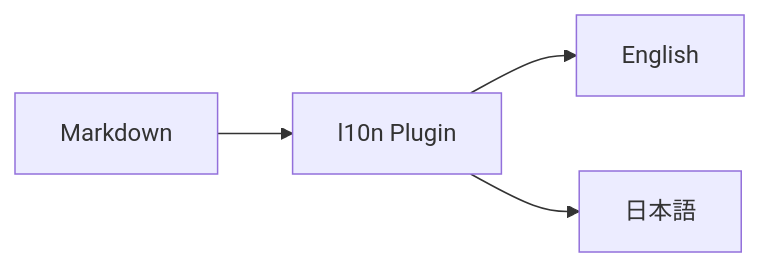
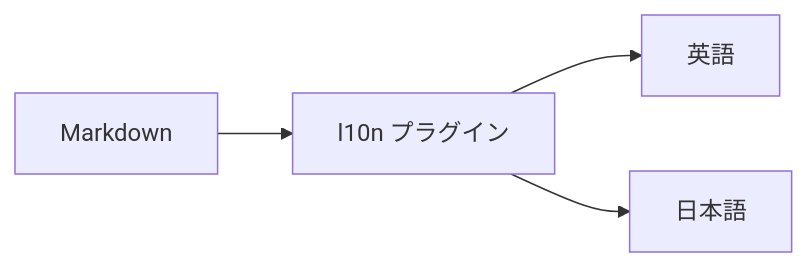
The first of 6 diagrams in docs/docs/guides/localization.ja.md (Rerurate514/riebeckite), drawn with Mermaid before and after one commit. The commit also changed other lines of this file and 310 other files, not shown here.

````diff
--- a/docs/docs/guides/localization.ja.md
+++ b/docs/docs/guides/localization.ja.md
@@ -19,11 +19,11 @@
 ```mermaid
 flowchart LR
     Content["Markdown"]
-    L10n["l10n Plugin"]
-    EN["English"]
+    L10n["l10n プラグイン"]
+    EN["英語"]
     JA["日本語"]
 
     Content --> L10n
     L10n --> EN
     L10n --> JA
 ```
````
